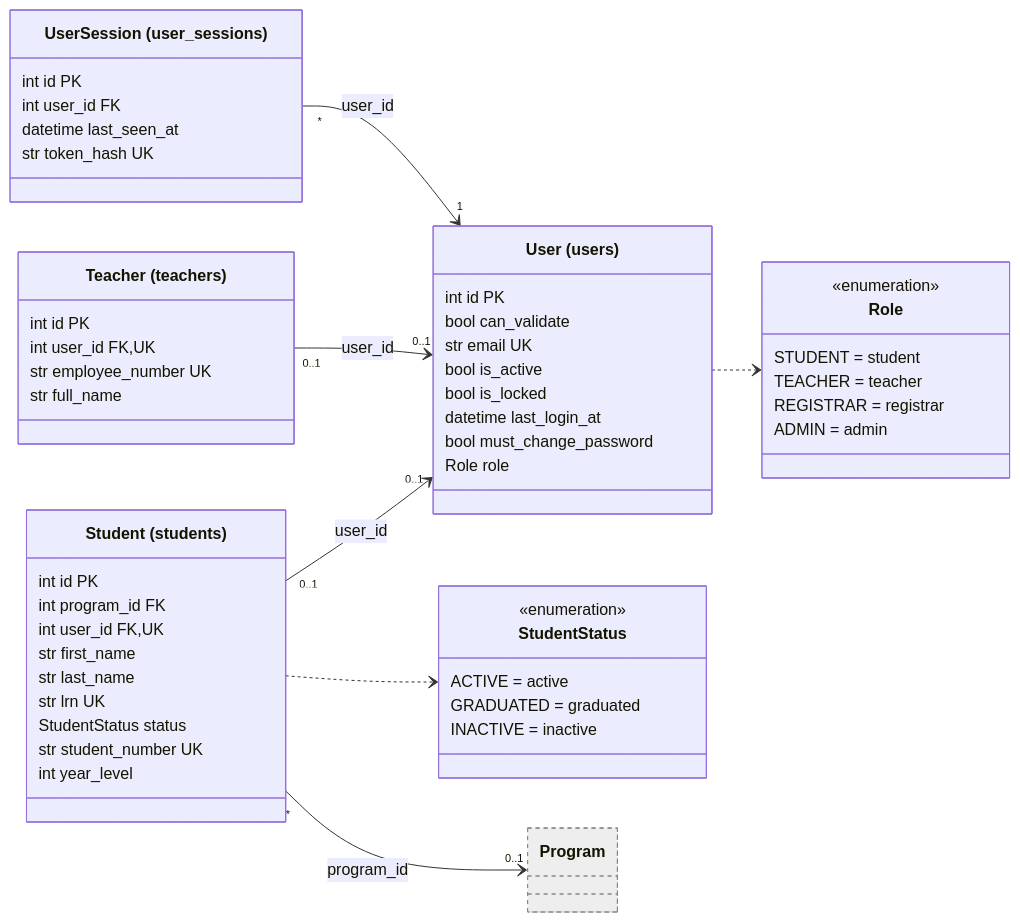
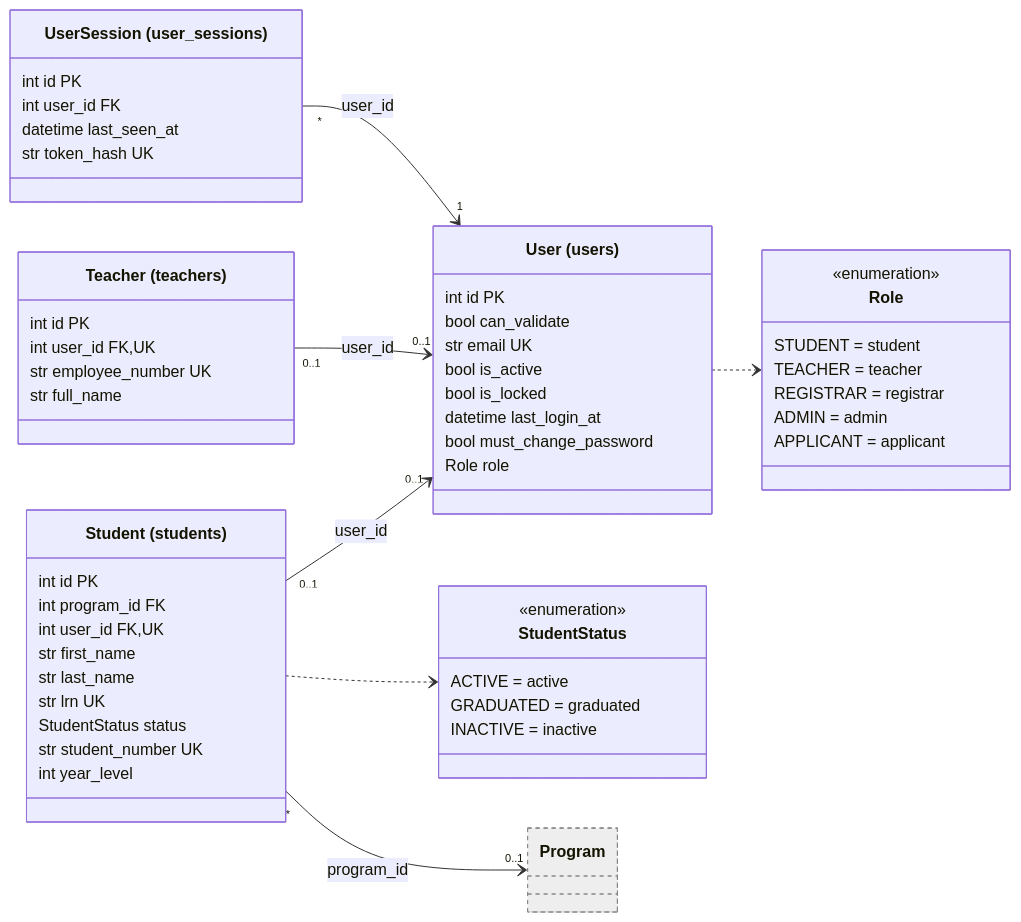
One commit to docusense67/DocuSense changed the diagram in docs/diagrams/classes-people.mmd. Above: the diagram before and after it, drawn with Mermaid. The commit also changed 29 other files, not shown here.

```diff
--- a/docs/diagrams/classes-people.mmd
+++ b/docs/diagrams/classes-people.mmd
@@ -1,59 +1,60 @@
 %% Class diagram: People and accounts
 %% Generated by backend/scripts/gen_class_diagram.py from backend/app/models.
 %% Do not edit by hand: re-run the script (tests/test_class_diagram.py checks it).
 classDiagram
     direction LR
     class Student["Student (students)"] {
         int id PK
         int program_id FK
         int user_id FK,UK
         str first_name
         str last_name
         str lrn UK
         StudentStatus status
         str student_number UK
         int year_level
     }
     class Teacher["Teacher (teachers)"] {
         int id PK
         int user_id FK,UK
         str employee_number UK
         str full_name
     }
     class User["User (users)"] {
         int id PK
         bool can_validate
         str email UK
         bool is_active
         bool is_locked
         datetime last_login_at
         bool must_change_password
         Role role
     }
     class UserSession["UserSession (user_sessions)"] {
         int id PK
         int user_id FK
         datetime last_seen_at
         str token_hash UK
     }
     class Role {
         <<enumeration>>
         STUDENT = student
         TEACHER = teacher
         REGISTRAR = registrar
         ADMIN = admin
+        APPLICANT = applicant
     }
     class StudentStatus {
         <<enumeration>>
         ACTIVE = active
         GRADUATED = graduated
         INACTIVE = inactive
     }
     class Program
     Student "*" --> "0..1" Program : program_id
     Student "0..1" --> "0..1" User : user_id
     Teacher "0..1" --> "0..1" User : user_id
     UserSession "*" --> "1" User : user_id
     Student ..> StudentStatus
     User ..> Role
     style Program fill:#eeeeee,stroke:#888888,stroke-dasharray:4 4
```
